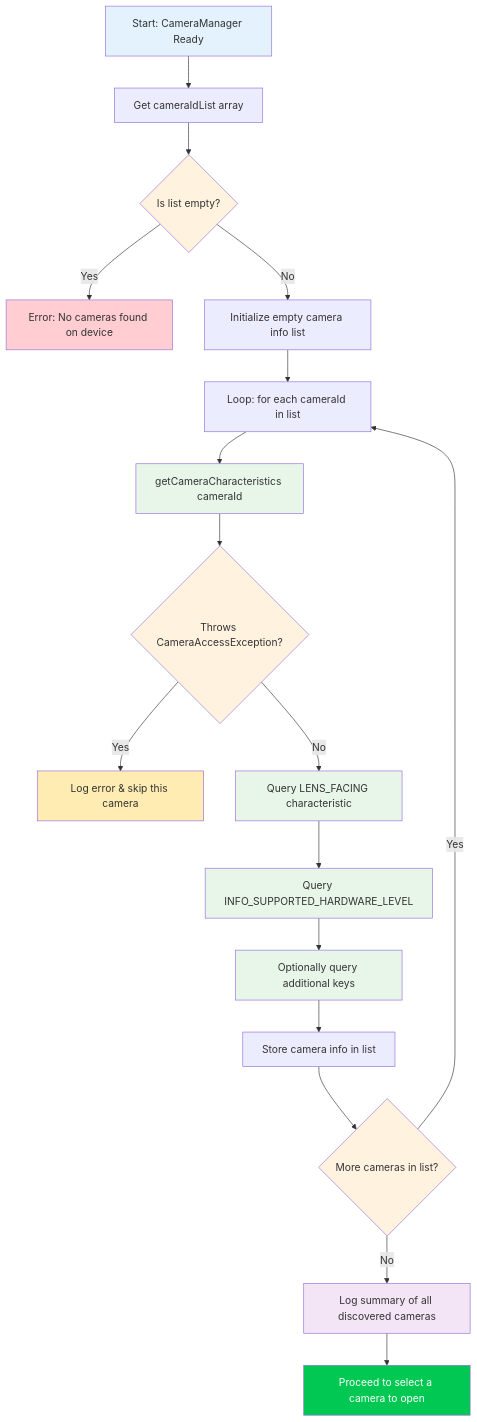
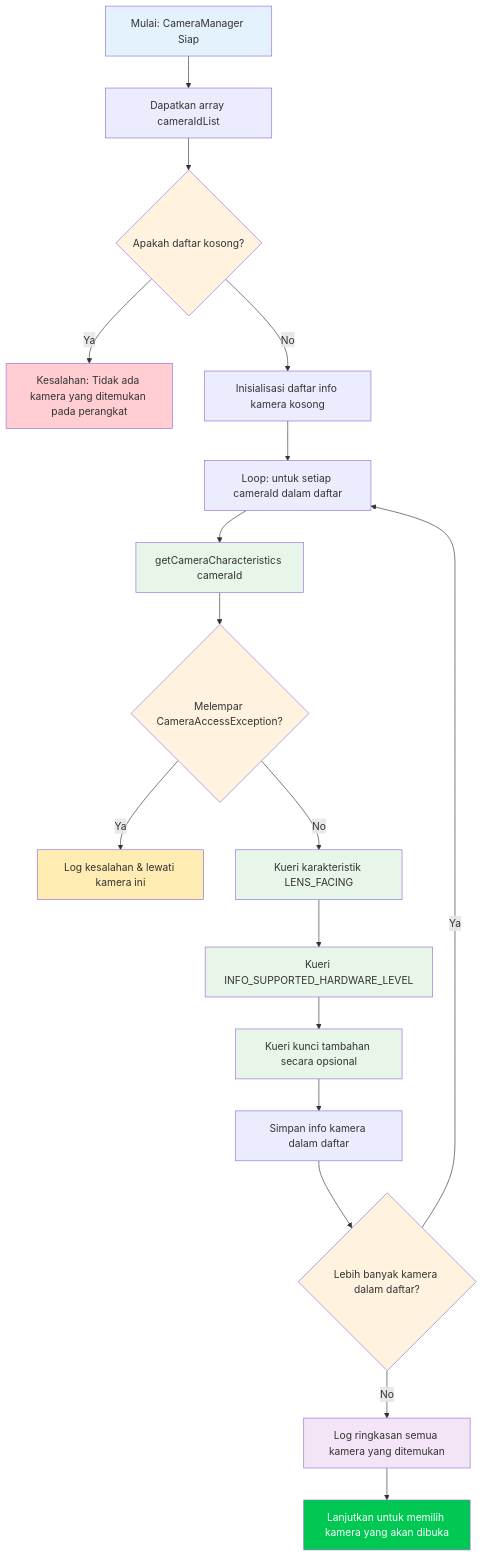
One commit to zoozooll/AndroidCameraParameters changed the diagram in website/i18n/id/docusaurus-plugin-content-docs/current/camera2/discovering-cameras.md. Above: the diagram before and after it, drawn with Mermaid. The commit also changed other lines of this file and 378 other files, not shown here.

````diff
--- a/website/i18n/id/docusaurus-plugin-content-docs/current/camera2/discovering-cameras.md
+++ b/website/i18n/id/docusaurus-plugin-content-docs/current/camera2/discovering-cameras.md
@@ -32,32 +32,32 @@
 ```mermaid
 flowchart TD
-    A[Start: CameraManager Ready] --> B[Get cameraIdList array]
-    B --> C{Is list empty?}
-    C -->|Yes| D[Error: No cameras found on device]
-    C -->|No| E[Initialize empty camera info list]
-    E --> F[Loop: for each cameraId in list]
+    A["Mulai: CameraManager Siap"] --> B["Dapatkan array cameraIdList"]
+    B --> C{Apakah daftar kosong?}
+    C -->|Ya| D[Kesalahan: Tidak ada kamera yang ditemukan pada perangkat]
+    C -->|No| E[Inisialisasi daftar info kamera kosong]
+    E --> F[Loop: untuk setiap cameraId dalam daftar]
     F --> G[getCameraCharacteristics cameraId]
-    G --> H{Throws CameraAccessException?}
-    H -->|Yes| I[Log error & skip this camera]
-    H -->|No| J[Query LENS_FACING characteristic]
-    J --> K[Query INFO_SUPPORTED_HARDWARE_LEVEL]
-    K --> L[Optionally query additional keys]
-    L --> M[Store camera info in list]
-    M --> N{More cameras in list?}
-    N -->|Yes| F
-    N -->|No| O[Log summary of all discovered cameras]
-    O --> P[Proceed to select a camera to open]
+    G --> H{Melempar CameraAccessException?}
+    H -->|Ya| I[Log kesalahan & lewati kamera ini]
+    H -->|No| J[Kueri karakteristik LENS_FACING]
+    J --> K[Kueri INFO_SUPPORTED_HARDWARE_LEVEL]
+    K --> L[Kueri kunci tambahan secara opsional]
+    L --> M[Simpan info kamera dalam daftar]
+    M --> N{Lebih banyak kamera dalam daftar?}
+    N -->|Ya| F
+    N -->|No| O[Log ringkasan semua kamera yang ditemukan]
+    O --> P[Lanjutkan untuk memilih kamera yang akan dibuka]
 
     style A fill:#e3f2fd
     style C fill:#fff3e0
     style H fill:#fff3e0
     style N fill:#fff3e0
     style D fill:#ffcdd2
     style I fill:#ffecb3
     style G fill:#e8f5e9
     style J fill:#e8f5e9
     style K fill:#e8f5e9
     style L fill:#e8f5e9
     style O fill:#f3e5f5
     style P fill:#00c853,color:#fff
 ```
````
